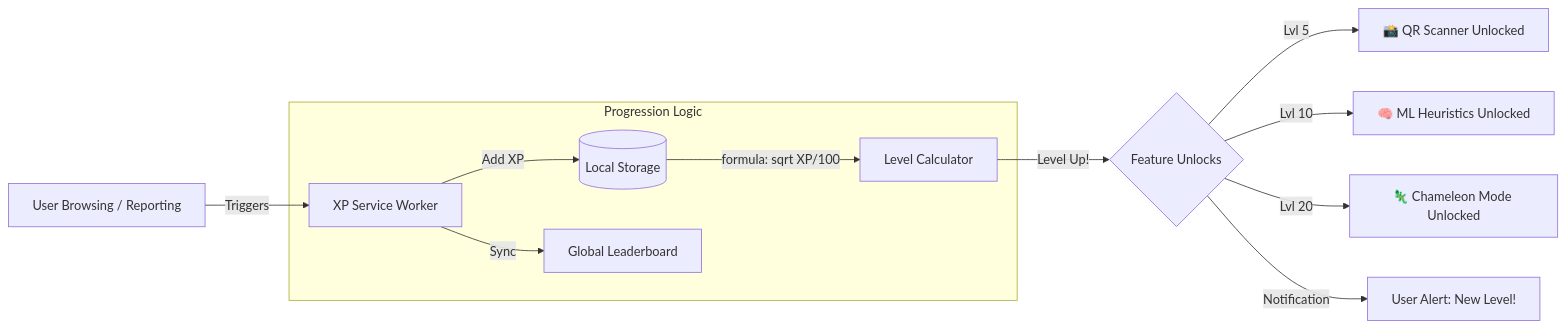
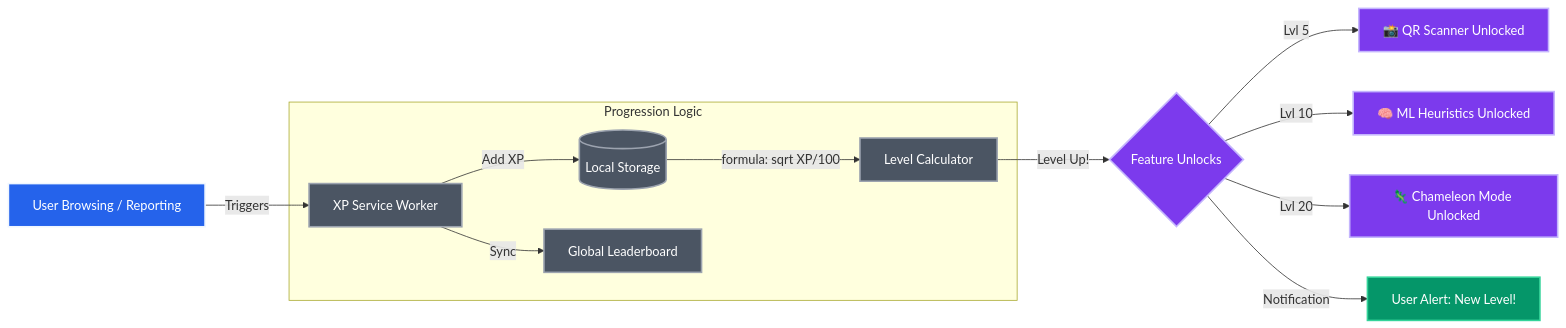
The third of 3 diagrams in README.md (subratkumarpadhy4/PhishingShield), drawn with Mermaid before and after one commit. The commit also changed other lines of this file, not shown here.

Commit message:
docs: Style Mermaid diagrams with cyberpunk colors and improved layout

````diff
--- a/README.md
+++ b/README.md
@@ -109,18 +119,24 @@
 ```mermaid
 graph LR
-    UserAction[User Browsing / Reporting] -->|Triggers| XP_Service[XP Service Worker]
+    %% Styling Definitions
+    classDef action fill:#2563EB,stroke:#EFF6FF,stroke-width:2px,color:#ffffff
+    classDef logic fill:#4B5563,stroke:#9CA3AF,stroke-width:2px,color:#ffffff
+    classDef unlock fill:#7C3AED,stroke:#C4B5FD,stroke-width:2px,color:#ffffff
+    classDef notify fill:#059669,stroke:#34D399,stroke-width:2px,color:#ffffff
+
+    UserAction[User Browsing / Reporting]:::action -->|Triggers| XP_Service[XP Service Worker]:::logic
     
     subgraph "Progression Logic"
-        XP_Service -->|Add XP| LocalStore[(Local Storage)]
-        XP_Service -->|Sync| Server[Global Leaderboard]
-        LocalStore -->|formula: sqrt XP/100| LevelCalc[Level Calculator]
+        XP_Service -->|Add XP| LocalStore[(Local Storage)]:::logic
+        XP_Service -->|Sync| Server[Global Leaderboard]:::logic
+        LocalStore -->|formula: sqrt XP/100| LevelCalc[Level Calculator]:::logic
     end
     
-    LevelCalc -->|Level Up!| UnlockSystem{Feature Unlocks}
+    LevelCalc -->|Level Up!| UnlockSystem{Feature Unlocks}:::unlock
     
-    UnlockSystem -->|Lvl 5| QR[📸 QR Scanner Unlocked]
-    UnlockSystem -->|Lvl 10| ML[🧠 ML Heuristics Unlocked]
-    UnlockSystem -->|Lvl 20| Cham[🦎 Chameleon Mode Unlocked]
+    UnlockSystem -->|Lvl 5| QR[📸 QR Scanner Unlocked]:::unlock
+    UnlockSystem -->|Lvl 10| ML[🧠 ML Heuristics Unlocked]:::unlock
+    UnlockSystem -->|Lvl 20| Cham[🦎 Chameleon Mode Unlocked]:::unlock
     
-    UnlockSystem -->|Notification| Notify[User Alert: New Level!]
+    UnlockSystem -->|Notification| Notify[User Alert: New Level!]:::notify
 ```
````
